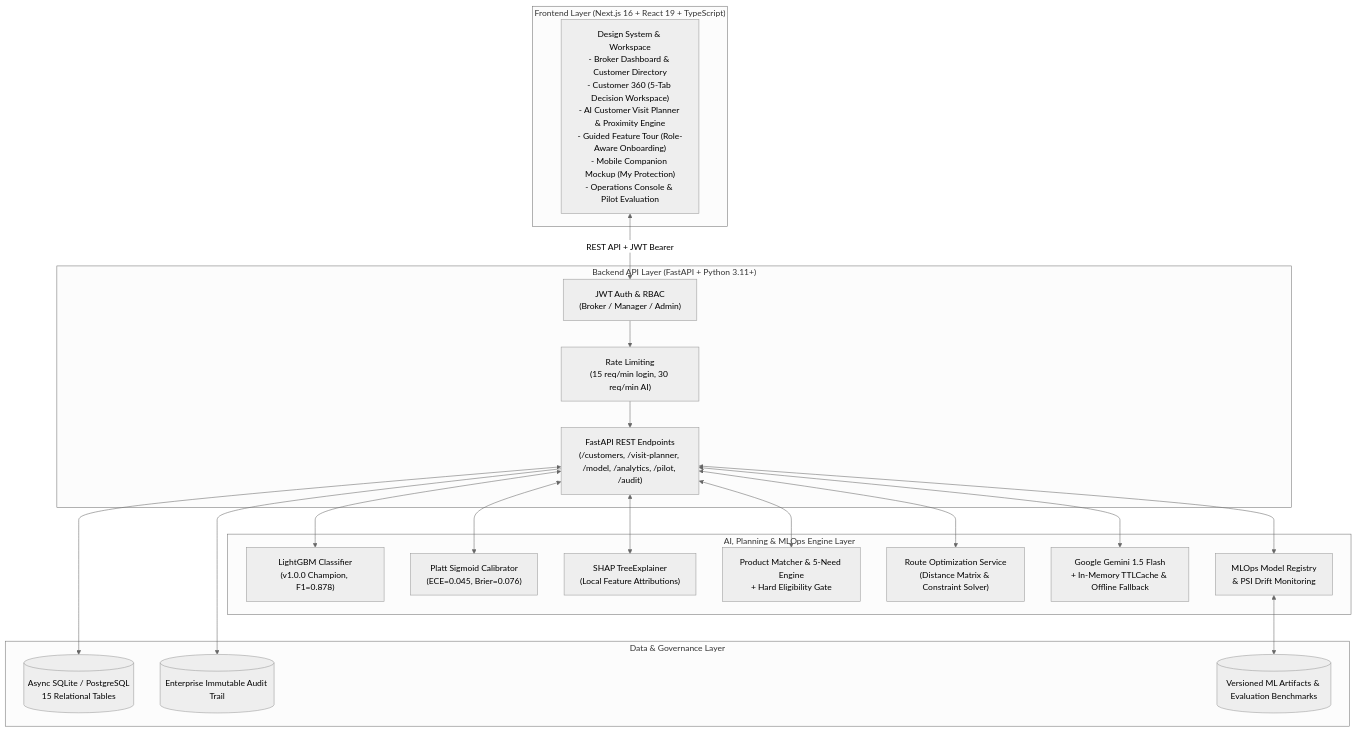
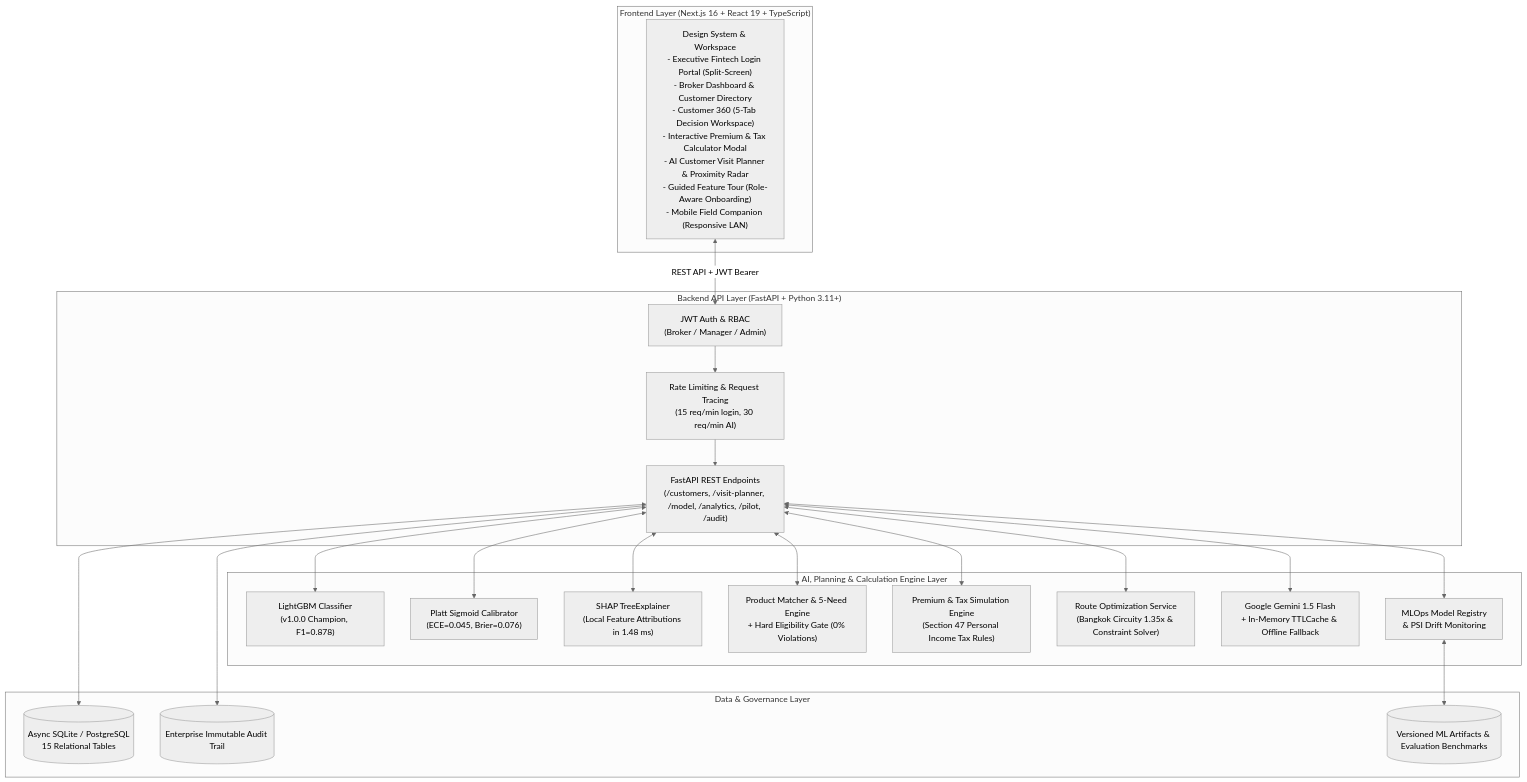
The diagram in README.md (beamtanawat/broker-insight-ai-krungsri-hackathon), drawn with Mermaid (neutral theme) before and after one commit. The commit also changed other lines of this file, not shown here.

Commit message:
docs: update README with executive login, tax calculator, mobile LAN and e2e benchmarks

````diff
--- a/README.md
+++ b/README.md
@@ -50,37 +55,39 @@
 ```mermaid
 flowchart TD
     subgraph Frontend["Frontend Layer (Next.js 16 + React 19 + TypeScript)"]
-        UI["Design System & Workspace\n- Broker Dashboard & Customer Directory\n- Customer 360 (5-Tab Decision Workspace)\n- AI Customer Visit Planner & Proximity Engine\n- Guided Feature Tour (Role-Aware Onboarding)\n- Mobile Companion Mockup (My Protection)\n- Operations Console & Pilot Evaluation"]
+        UI["Design System & Workspace\n- Executive Fintech Login Portal (Split-Screen)\n- Broker Dashboard & Customer Directory\n- Customer 360 (5-Tab Decision Workspace)\n- Interactive Premium & Tax Calculator Modal\n- AI Customer Visit Planner & Proximity Radar\n- Guided Feature Tour (Role-Aware Onboarding)\n- Mobile Field Companion (Responsive LAN)"]
     end
 
     subgraph API["Backend API Layer (FastAPI + Python 3.11+)"]
         Auth["JWT Auth & RBAC\n(Broker / Manager / Admin)"]
-        RateLimit["Rate Limiting\n(15 req/min login, 30 req/min AI)"]
+        RateLimit["Rate Limiting & Request Tracing\n(15 req/min login, 30 req/min AI)"]
         Router["FastAPI REST Endpoints\n(/customers, /visit-planner, /model, /analytics, /pilot, /audit)"]
     end
 
-    subgraph AI["AI, Planning & MLOps Engine Layer"]
+    subgraph AI["AI, Planning & Calculation Engine Layer"]
         LGBM["LightGBM Classifier\n(v1.0.0 Champion, F1=0.878)"]
         Calib["Platt Sigmoid Calibrator\n(ECE=0.045, Brier=0.076)"]
-        SHAP["SHAP TreeExplainer\n(Local Feature Attributions)"]
-        RecEngine["Product Matcher & 5-Need Engine\n+ Hard Eligibility Gate"]
-        RouteEngine["Route Optimization Service\n(Distance Matrix & Constraint Solver)"]
+        SHAP["SHAP TreeExplainer\n(Local Feature Attributions in 1.48 ms)"]
+        RecEngine["Product Matcher & 5-Need Engine\n+ Hard Eligibility Gate (0% Violations)"]
+        TaxEngine["Premium & Tax Simulation Engine\n(Section 47 Personal Income Tax Rules)"]
+        RouteEngine["Route Optimization Service\n(Bangkok Circuity 1.35x & Constraint Solver)"]
         LLM["Google Gemini 1.5 Flash\n+ In-Memory TTLCache & Offline Fallback"]
         Registry["MLOps Model Registry\n& PSI Drift Monitoring"]
     end
 
     subgraph Data["Data & Governance Layer"]
         DB[(Async SQLite / PostgreSQL\n15 Relational Tables)]
         AuditLog[(Enterprise Immutable Audit Trail)]
         Artifacts[(Versioned ML Artifacts & Evaluation Benchmarks)]
     end
 
     UI <-->|REST API + JWT Bearer| Auth
     Auth --> RateLimit --> Router
     Router <--> DB
     Router <--> LGBM & Calib & SHAP
     Router <--> RouteEngine
+    Router <--> TaxEngine
     Router <--> LLM & RecEngine
     Router <--> Registry <--> Artifacts
     Router --> AuditLog
 ```
````
